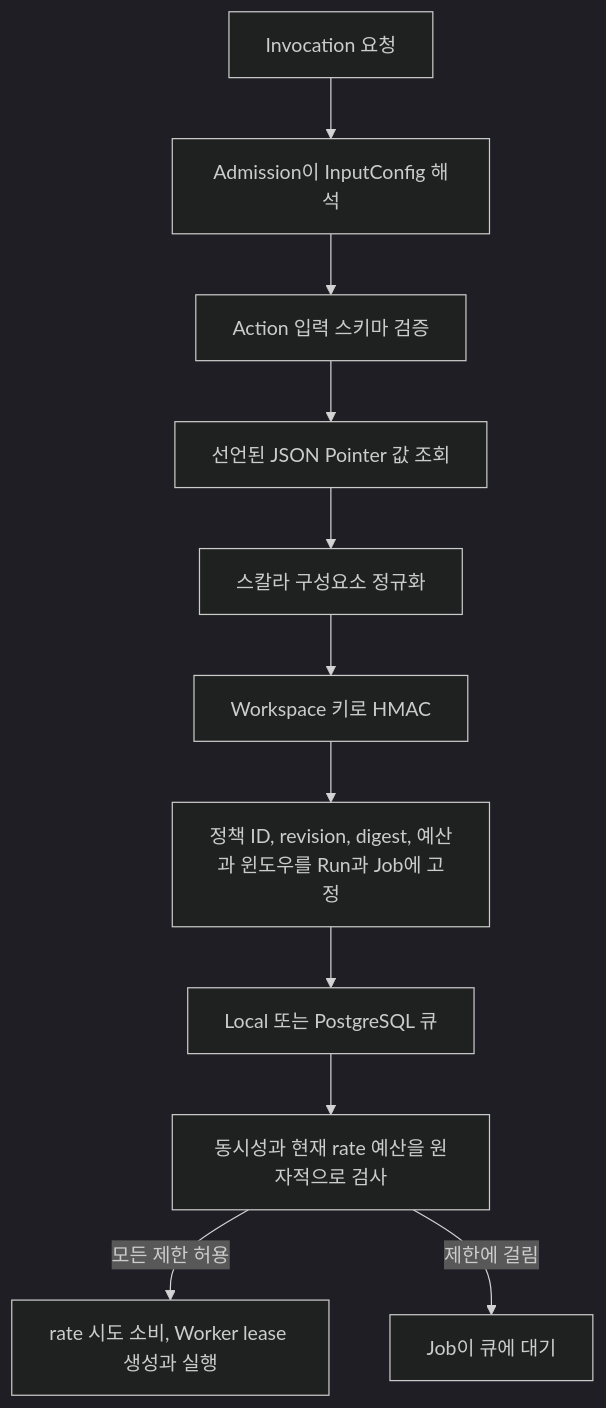
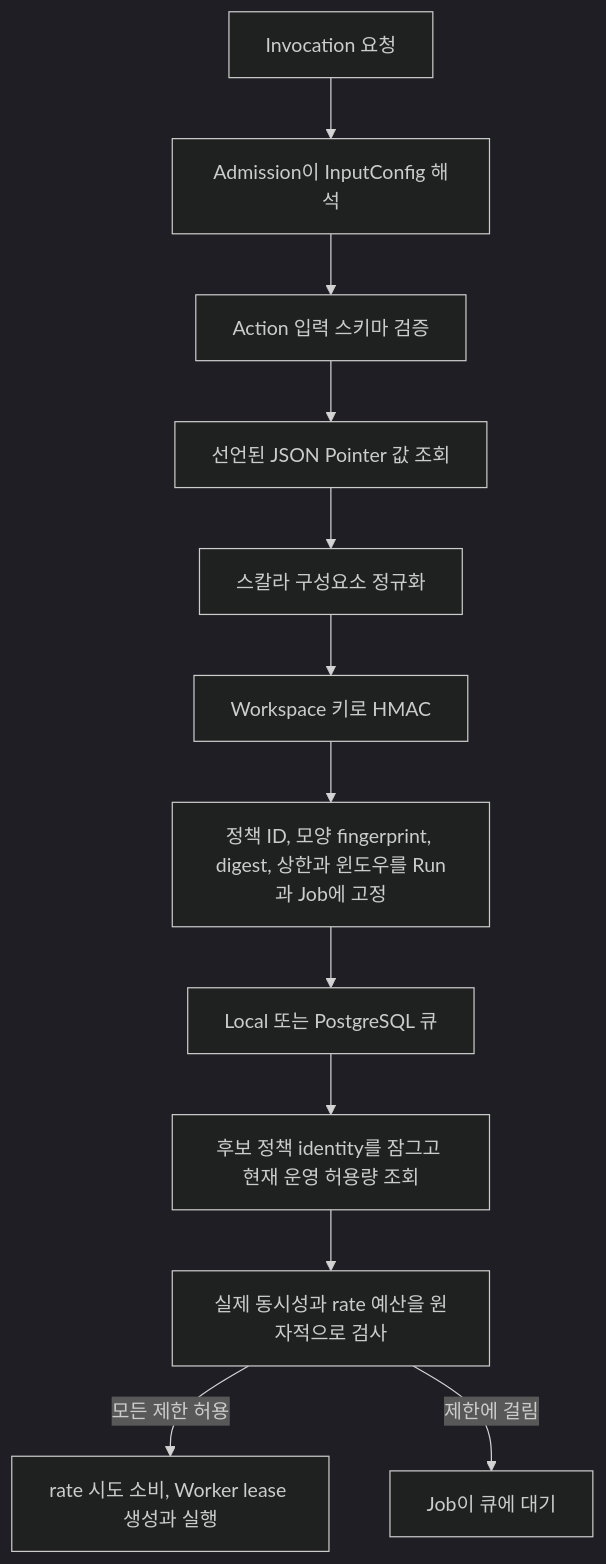
One commit to imprun/windforce-core changed the diagram in docs/ko/concepts/execution-limits.md. Above: the diagram before and after it, drawn with Mermaid (dark theme). The commit also changed other lines of this file and 53 other files, not shown here.

````diff
--- a/docs/ko/concepts/execution-limits.md
+++ b/docs/ko/concepts/execution-limits.md
@@ -59,13 +87,14 @@
 ```mermaid
 flowchart TD
     A["Invocation 요청"] --> B["Admission이 InputConfig 해석"]
     B --> C["Action 입력 스키마 검증"]
     C --> D["선언된 JSON Pointer 값 조회"]
     D --> E["스칼라 구성요소 정규화"]
     E --> F["Workspace 키로 HMAC"]
-    F --> G["정책 ID, revision, digest, 예산과 윈도우를 Run과 Job에 고정"]
+    F --> G["정책 ID, 모양 fingerprint, digest, 상한과 윈도우를 Run과 Job에 고정"]
     G --> H["Local 또는 PostgreSQL 큐"]
-    H --> I["동시성과 현재 rate 예산을 원자적으로 검사"]
-    I -->|"모든 제한 허용"| J["rate 시도 소비, Worker lease 생성과 실행"]
-    I -->|"제한에 걸림"| K["Job이 큐에 대기"]
+    H --> I["후보 정책 identity를 잠그고 현재 운영 허용량 조회"]
+    I --> L["실제 동시성과 rate 예산을 원자적으로 검사"]
+    L -->|"모든 제한 허용"| J["rate 시도 소비, Worker lease 생성과 실행"]
+    L -->|"제한에 걸림"| K["Job이 큐에 대기"]
 ```
````
